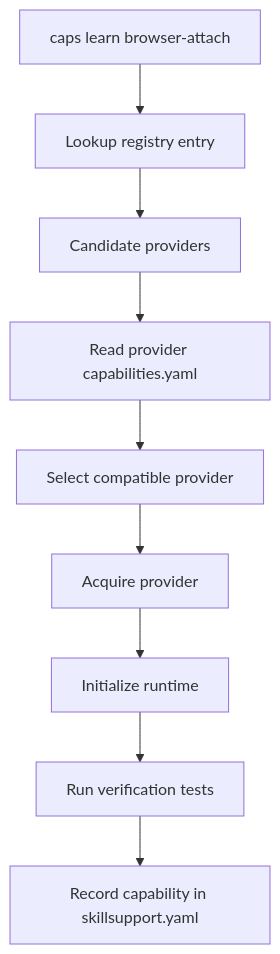
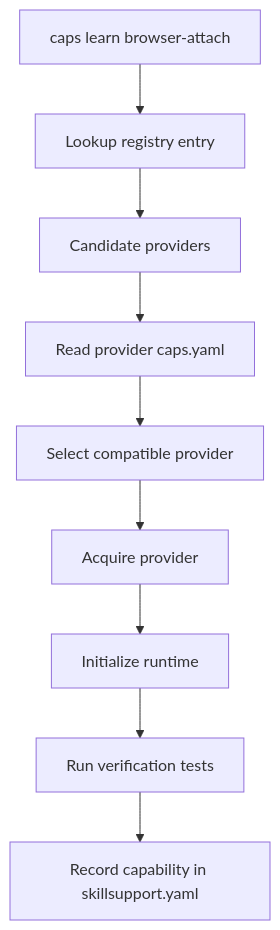
The diagram in docs/architecture.md (jamesdigid/SkillSupply), drawn with Mermaid before and after one commit. The commit also changed other lines of this file and 30 other files, not shown here.

````diff
--- a/docs/architecture.md
+++ b/docs/architecture.md
@@ -15,11 +15,11 @@
 ```mermaid
 flowchart TD
   learn["caps learn browser-attach"] --> registry[Lookup registry entry]
   registry --> candidates[Candidate providers]
-  candidates --> manifest[Read provider capabilities.yaml]
+  candidates --> manifest[Read provider caps.yaml]
   manifest --> select[Select compatible provider]
   select --> acquire[Acquire provider]
   acquire --> init[Initialize runtime]
   init --> verify[Run verification tests]
   verify --> ready[Record capability in skillsupport.yaml]
 ```
````
